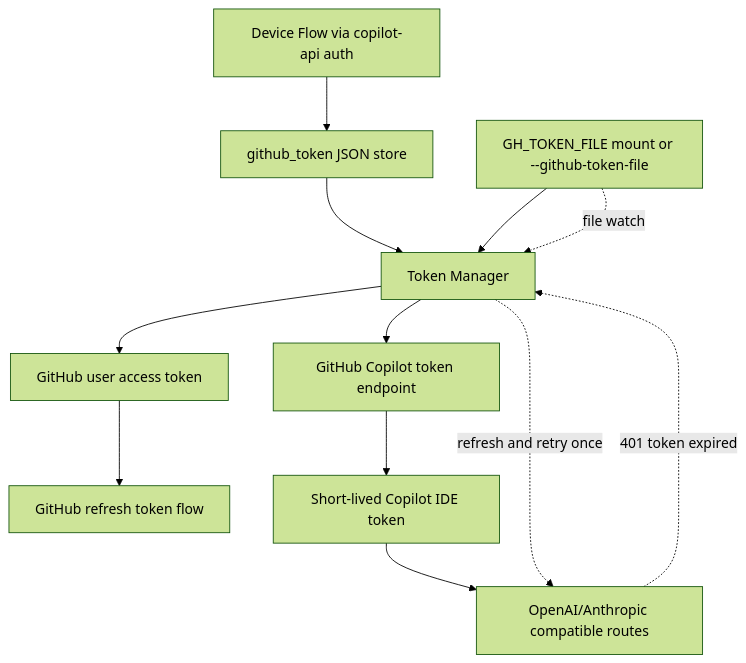
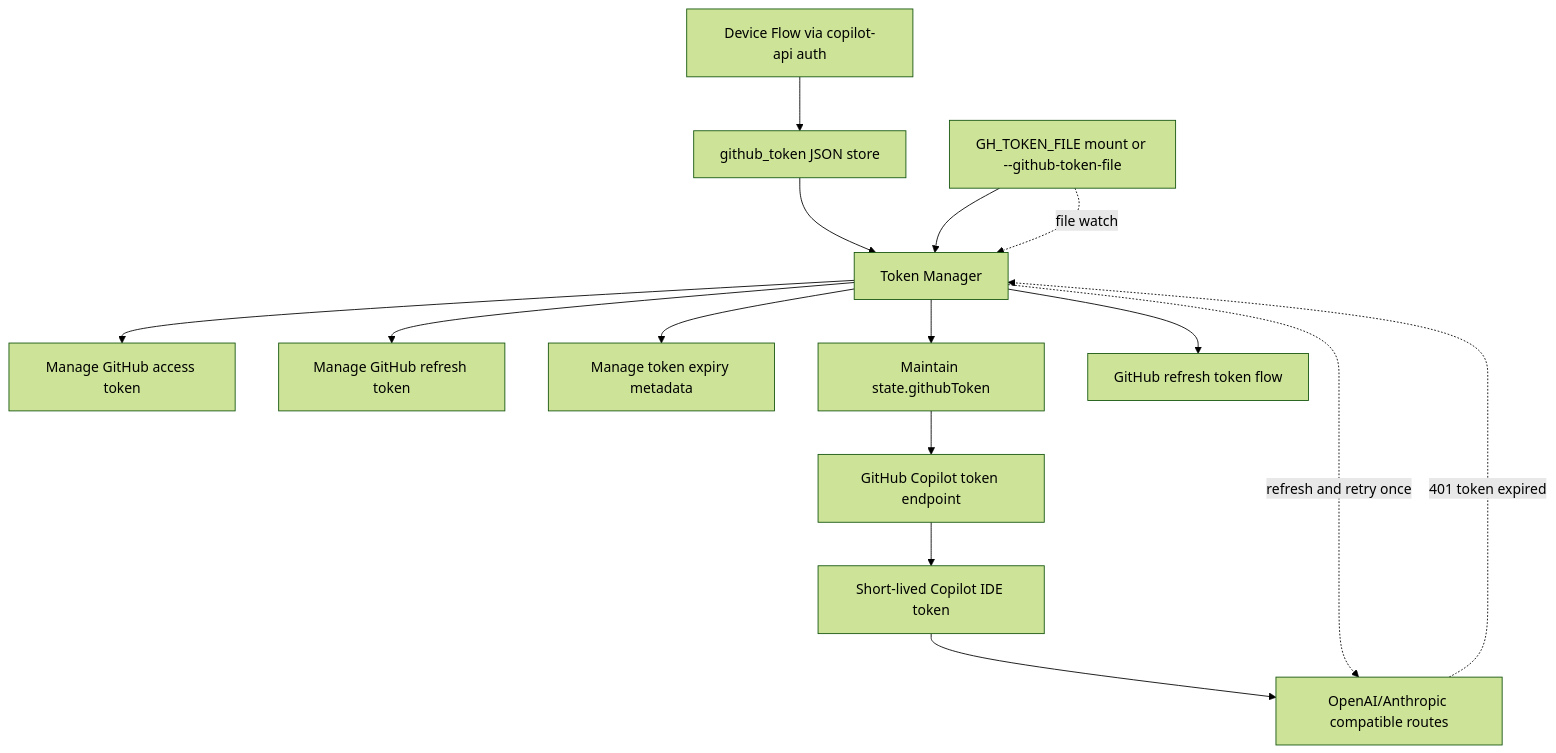
One commit to noir19/copilot-api changed the diagram in README.md. Above: the diagram before and after it, drawn with Mermaid (forest theme). The commit also changed other lines of this file and 1 other file, not shown here.

Commit message:
docs(readme): add zh-cn architecture walkthrough

````diff
--- a/README.md
+++ b/README.md
@@ -73,14 +75,17 @@
 ```mermaid
 flowchart TD
   A[Device Flow via copilot-api auth] --> B[github_token JSON store]
-  B --> C[Token Manager]
-  H[GH_TOKEN_FILE mount or --github-token-file] --> C
-  C --> D[GitHub user access token]
-  D --> E[GitHub refresh token flow]
-  C --> F[GitHub Copilot token endpoint]
-  F --> G[Short-lived Copilot IDE token]
-  G --> I[OpenAI/Anthropic compatible routes]
+  H[GH_TOKEN_FILE mount or --github-token-file] --> C[Token Manager]
+  B --> C
+  C --> D[Manage GitHub access token]
+  C --> E[Manage GitHub refresh token]
+  C --> F[Manage token expiry metadata]
+  C --> G[Maintain state.githubToken]
+  G --> I[GitHub Copilot token endpoint]
+  I --> J[Short-lived Copilot IDE token]
+  J --> K[OpenAI/Anthropic compatible routes]
+  C --> L[GitHub refresh token flow]
   H -. file watch .-> C
-  I -. 401 token expired .-> C
-  C -. refresh and retry once .-> I
+  K -. 401 token expired .-> C
+  C -. refresh and retry once .-> K
 ```
````
